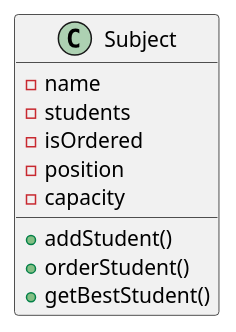
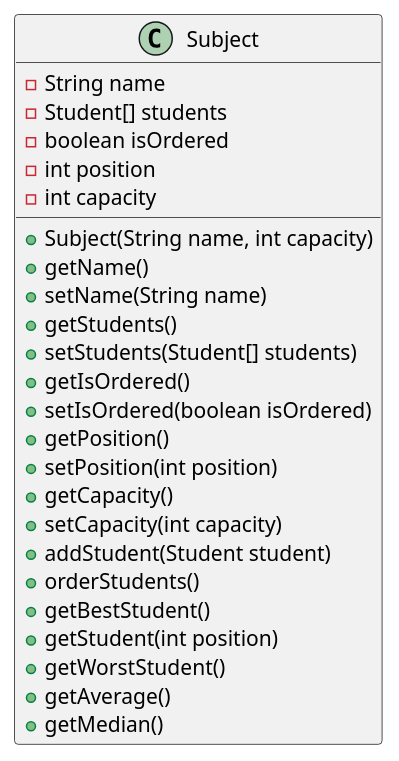
The diagram in ejercicios/entregas/josueMerino/EX001PooStudent/src/Subject.puml (mmasias/progra2-22-23), drawn with PlantUML before and after one commit.

Commit message:
feature: Subject class diagram done

```diff
--- a/ejercicios/entregas/josueMerino/EX001PooStudent/src/Subject.puml
+++ b/ejercicios/entregas/josueMerino/EX001PooStudent/src/Subject.puml
@@ -1,13 +1,28 @@
 @startuml
 class Subject {
-    - name
-    - students
-    - isOrdered
-    - position
-    - capacity
-    + addStudent()
-    + orderStudent()
+    - String name
+    - Student[] students
+    - boolean isOrdered
+    - int position
+    - int capacity
+    + Subject(String name, int capacity)
+    + getName()
+    + setName(String name)
+    + getStudents()
+    + setStudents(Student[] students)
+    + getIsOrdered()
+    + setIsOrdered(boolean isOrdered)
+    + getPosition()
+    + setPosition(int position)
+    + getCapacity()
+    + setCapacity(int capacity)
+    + addStudent(Student student)
+    + orderStudents()
     + getBestStudent()
+    + getStudent(int position)
+    + getWorstStudent()
+    + getAverage()
+    + getMedian()
 }
 
 @enduml
```
